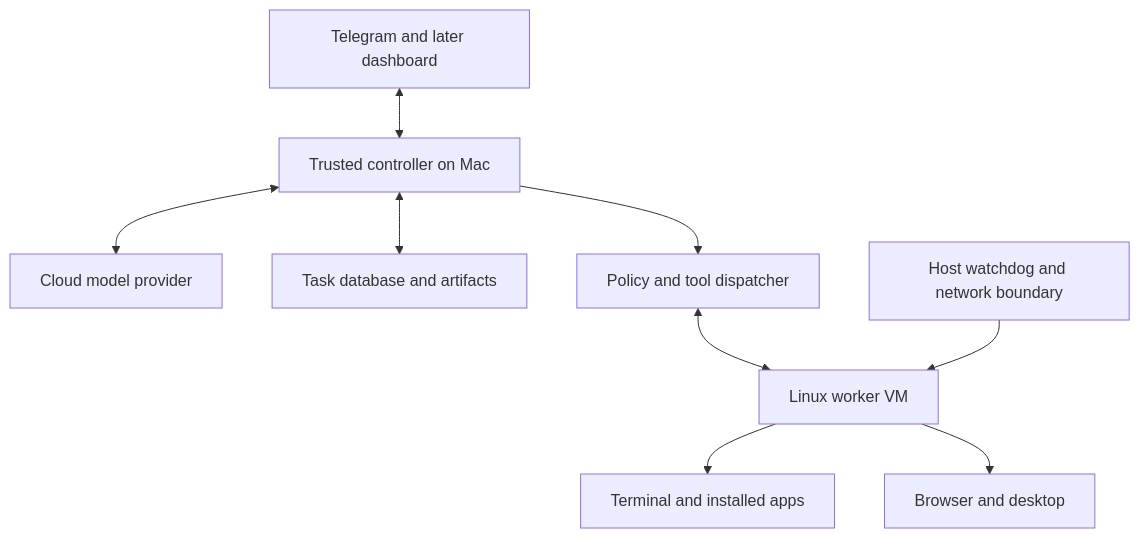
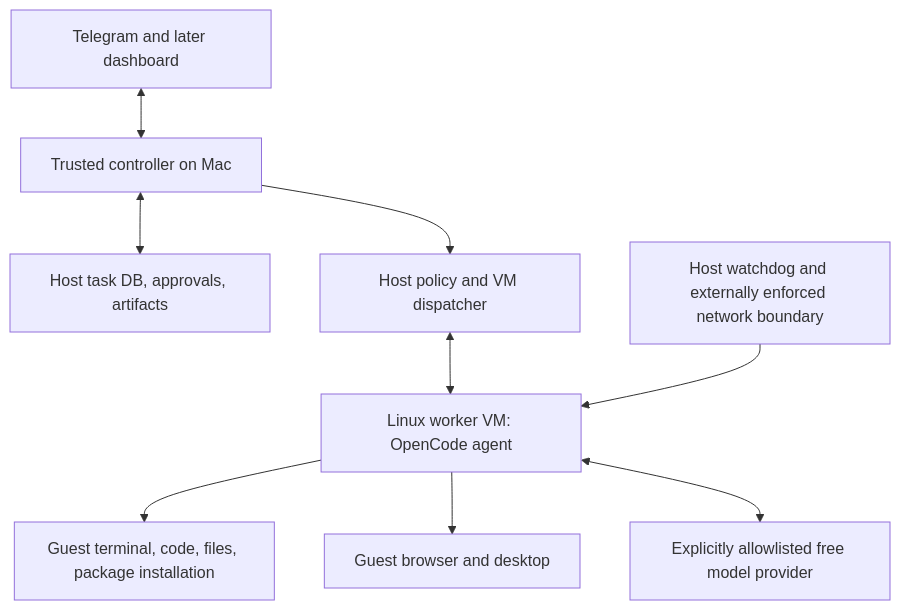
One commit to logolica99/toothless changed the diagram in INSTRUCTIONS.md. Above: the diagram before and after it, drawn with Mermaid. The commit also changed other lines of this file and 53 other files, not shown here.

````diff
--- a/INSTRUCTIONS.md
+++ b/INSTRUCTIONS.md
@@ -51,11 +43,11 @@
 ```mermaid
 flowchart TD
     U["Telegram and later dashboard"] <--> C["Trusted controller on Mac"]
-    C <--> M["Cloud model provider"]
-    C <--> S["Task database and artifacts"]
-    C --> P["Policy and tool dispatcher"]
-    P <--> W["Linux worker VM"]
-    W --> T["Terminal and installed apps"]
-    W --> B["Browser and desktop"]
-    H["Host watchdog and network boundary"] --> W
+    C <--> S["Host task DB, approvals, artifacts"]
+    C --> P["Host policy and VM dispatcher"]
+    P <--> W["Linux worker VM: OpenCode agent"]
+    W --> T["Guest terminal, code, files, package installation"]
+    W --> B["Guest browser and desktop"]
+    W <--> F["Explicitly allowlisted free model provider"]
+    H["Host watchdog and externally enforced network boundary"] --> W
 ```
````
